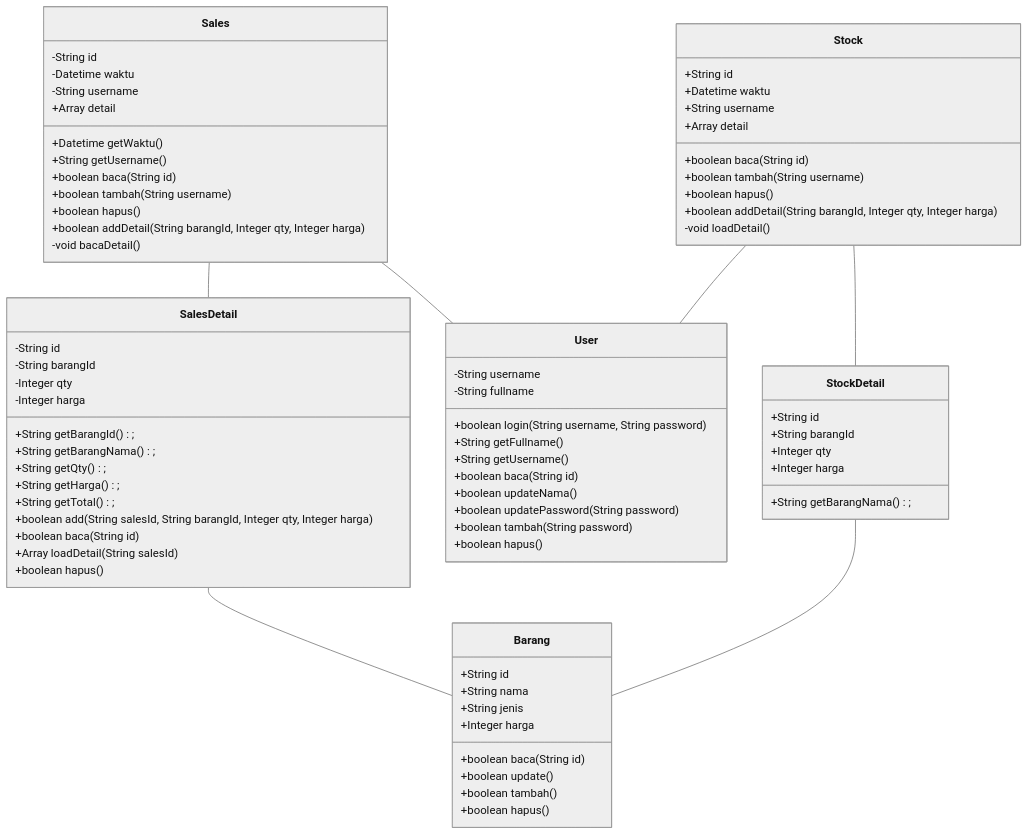
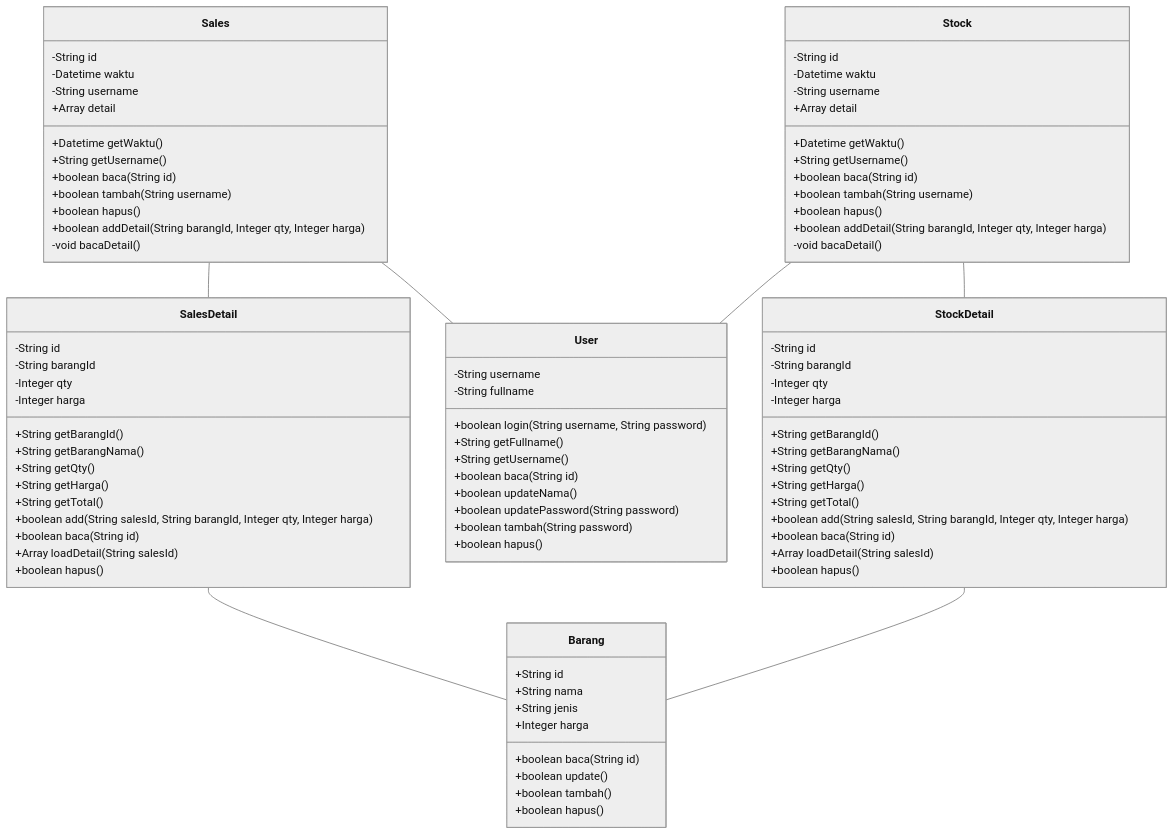
One commit to ruang-belajar/java-ee changed the diagram in latihan/project-1.md. Above: the diagram before and after it, drawn with Mermaid (neutral theme).

Commit message:
2025-05-27

````diff
--- a/latihan/project-1.md
+++ b/latihan/project-1.md
@@ -57,11 +57,11 @@
             -String barangId
             -Integer qty
             -Integer harga
-            +String getBarangId();
-            +String getBarangNama();
-            +String getQty();
-            +String getHarga();
-            +String getTotal();
+            +String getBarangId()
+            +String getBarangNama()
+            +String getQty()
+            +String getHarga()
+            +String getTotal()
             +boolean add(String salesId, String barangId, Integer qty, Integer harga)
             +boolean baca(String id)
             +Array<SalesDetail> loadDetail(String salesId)
@@ -78,22 +78,32 @@
             +boolean hapus()
         }
         class Stock {
-            +String id
-            +Datetime waktu
-            +String username
+            -String id
+            -Datetime waktu
+            -String username
+            +Datetime getWaktu()
+            +String getUsername()
             +boolean baca(String id)
             +boolean tambah(String username)
             +boolean hapus()
             +boolean addDetail(String barangId, Integer qty, Integer harga)
             +Array<SalesDetail> detail
-            -void loadDetail()
+            -void bacaDetail()
         }
         class StockDetail {
-            +String id
-            +String barangId
-            +Integer qty
-            +Integer harga
-            +String getBarangNama();
+            -String id
+            -String barangId
+            -Integer qty
+            -Integer harga
+            +String getBarangId()
+            +String getBarangNama()
+            +String getQty()
+            +String getHarga()
+            +String getTotal()
+            +boolean add(String salesId, String barangId, Integer qty, Integer harga)
+            +boolean baca(String id)
+            +Array<SalesDetail> loadDetail(String salesId)
+            +boolean hapus()
         }
 
 ```
````
